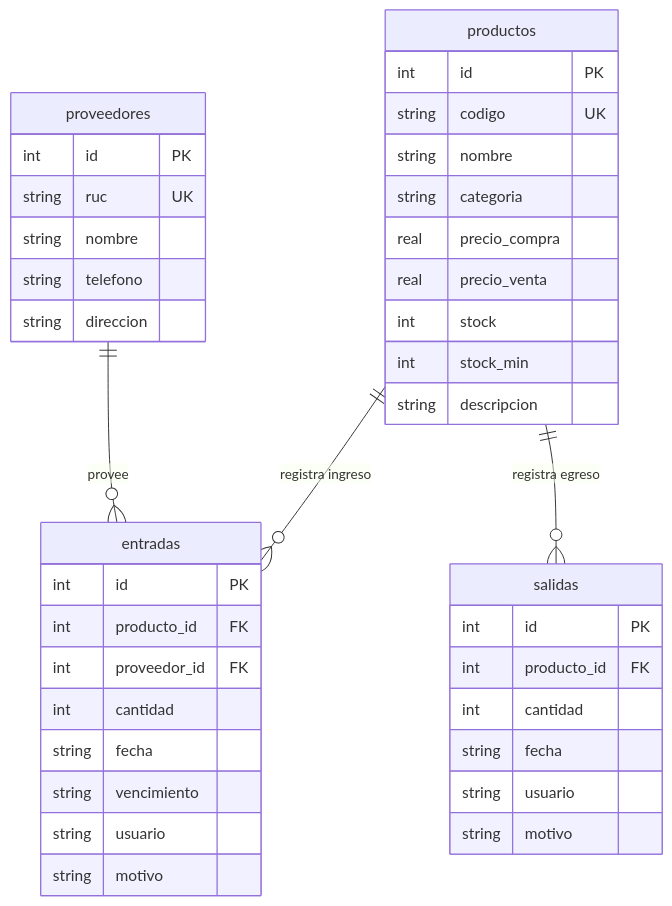
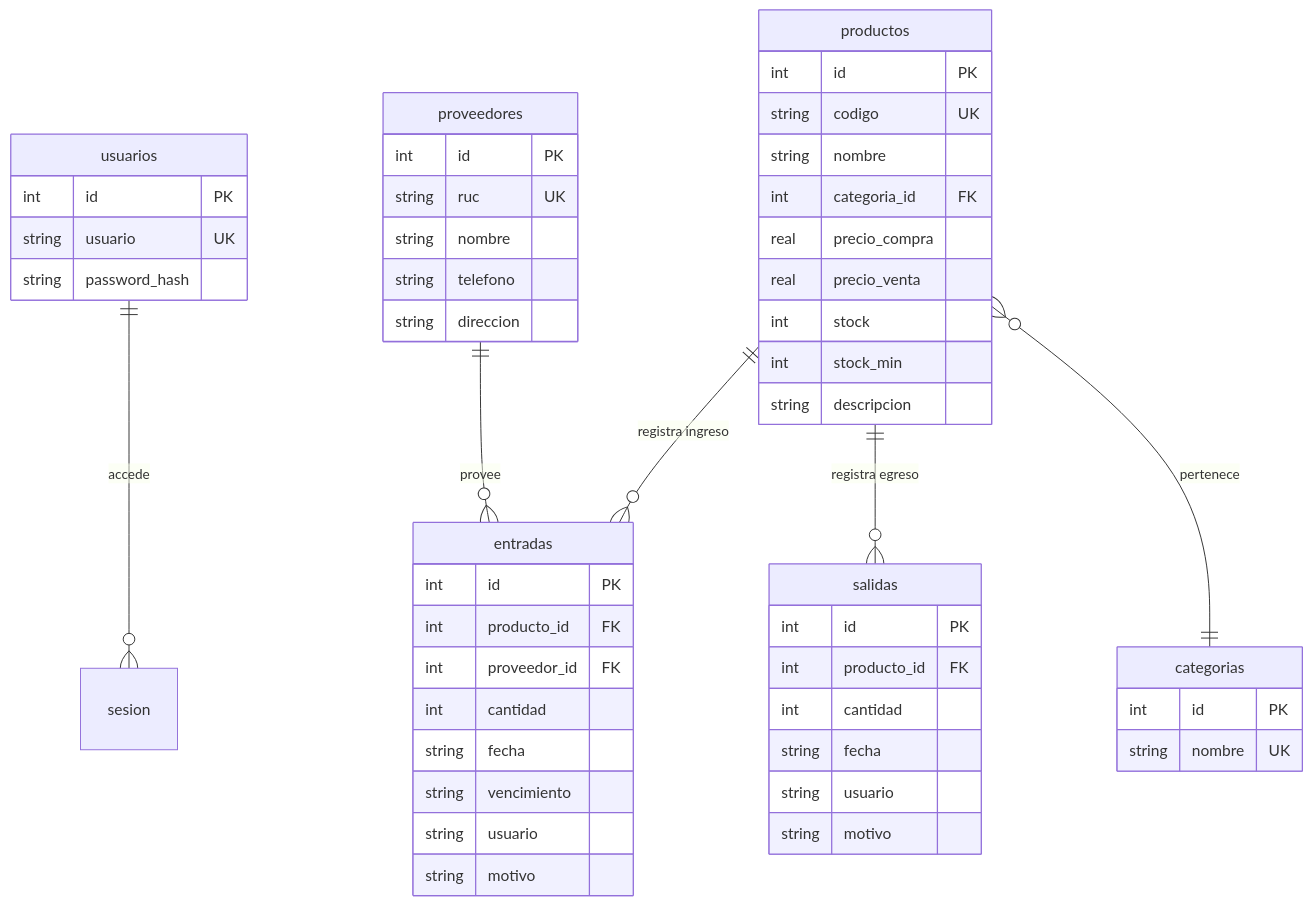
Before and after one commit to r2volk/inventario-miniMarket-flask: the diagram in DOCUMENTACION.md, drawn with Mermaid. The commit also changed other lines of this file and 11 other files, not shown here.

````diff
--- a/DOCUMENTACION.md
+++ b/DOCUMENTACION.md
@@ -107,46 +122,59 @@
 ```mermaid
 erDiagram
+    usuarios ||--o{ "sesion" : "accede"
     productos ||--o{ entradas : "registra ingreso"
     productos ||--o{ salidas : "registra egreso"
     proveedores ||--o{ entradas : "provee"
+    productos }o--|| categorias : "pertenece"
+
+    usuarios {
+        int id PK
+        string usuario UK
+        string password_hash
+    }
+
+    categorias {
+        int id PK
+        string nombre UK
+    }
 
     productos {
         int id PK
         string codigo UK
         string nombre
-        string categoria
+        int categoria_id FK
         real precio_compra
         real precio_venta
         int stock
         int stock_min
         string descripcion
     }
 
     proveedores {
         int id PK
         string ruc UK
         string nombre
         string telefono
         string direccion
     }
 
     entradas {
         int id PK
         int producto_id FK
         int proveedor_id FK
         int cantidad
         string fecha
         string vencimiento
         string usuario
         string motivo
     }
 
     salidas {
         int id PK
         int producto_id FK
         int cantidad
         string fecha
         string usuario
         string motivo
     }
 ```
````
